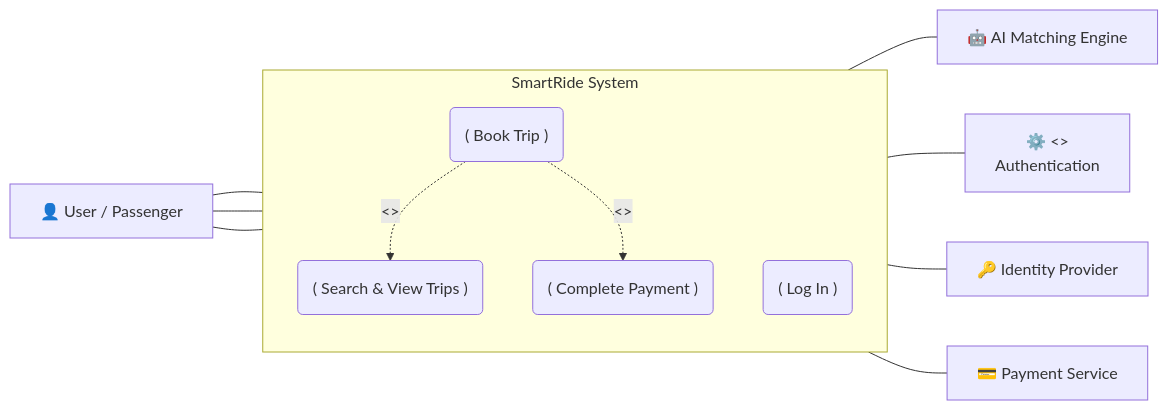
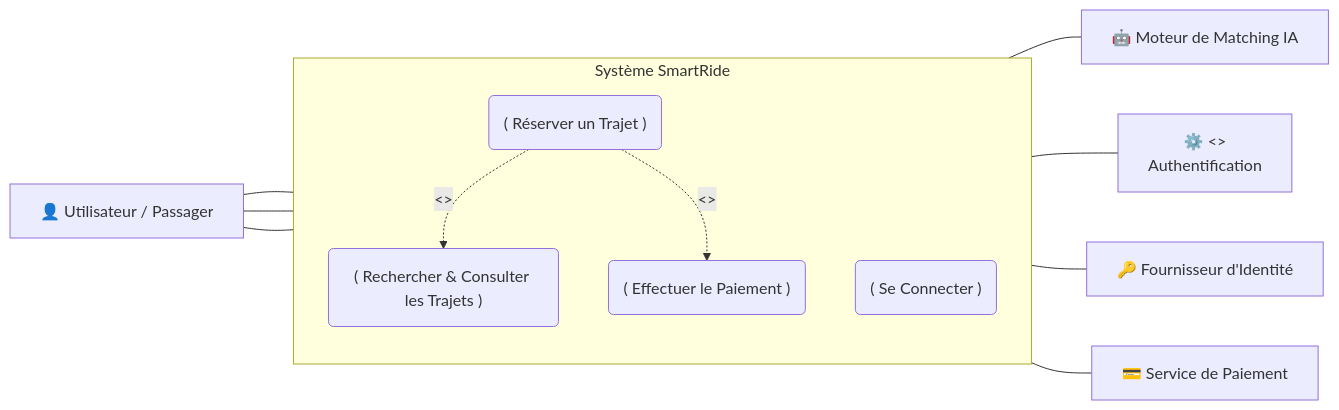
Before and after one commit to Baccari-ibtihel/SmartRide: the diagram in Documentation/Diagrams/Diagramme_Cas_Utilisation.mermaid, drawn with Mermaid.

Commit message:
docs: translate Diagramme_Cas_Utilisation.mermaid labels into French

```diff
--- a/Documentation/Diagrams/Diagramme_Cas_Utilisation.mermaid
+++ b/Documentation/Diagrams/Diagramme_Cas_Utilisation.mermaid
@@ -1,27 +1,27 @@
 flowchart LR
-    User["👤 User / Passenger"]
+    Utilisateur["👤 Utilisateur / Passager"]
     
-    subgraph SmartRide ["SmartRide System"]
+    subgraph SmartRide ["Système SmartRide"]
         direction TB
-        UC1("( Search & View Trips )")
-        UC2("( Book Trip )")
-        UC3("( Complete Payment )")
-        UC4("( Log In )")
+        UC1("( Rechercher & Consulter les Trajets )")
+        UC2("( Réserver un Trajet )")
+        UC3("( Effectuer le Paiement )")
+        UC4("( Se Connecter )")
 
-        UC2 -. "<<include>>" .-> UC1
-        UC2 -. "<<include>>" .-> UC3
+        UC2 -. "<<inclus>>" .-> UC1
+        UC2 -. "<<inclus>>" .-> UC3
     end
 
-    Auth["⚙️ <<service>>\nAuthentication"]
-    IdP["🔑 Identity Provider"]
-    PaymentServ["💳 Payment Service"]
-    AIMatching["🤖 AI Matching Engine"]
+    Auth["⚙️ <<service>>\nAuthentification"]
+    IdP["🔑 Fournisseur d'Identité"]
+    PaymentServ["💳 Service de Paiement"]
+    AIMatching["🤖 Moteur de Matching IA"]
 
-    User --- UC1
-    User --- UC2
-    User --- UC4
+    Utilisateur --- UC1
+    Utilisateur --- UC2
+    Utilisateur --- UC4
 
     UC1 --- AIMatching
     UC4 --- Auth
     UC4 --- IdP
     UC3 --- PaymentServ
```
